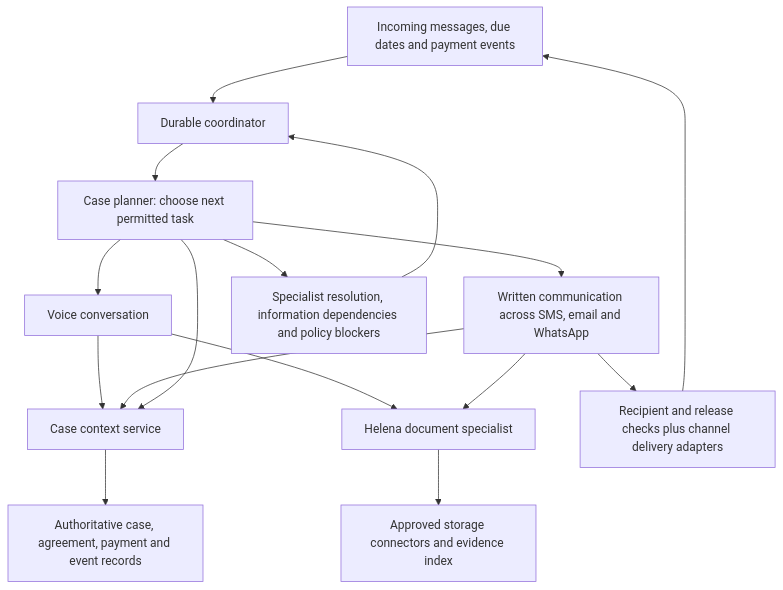
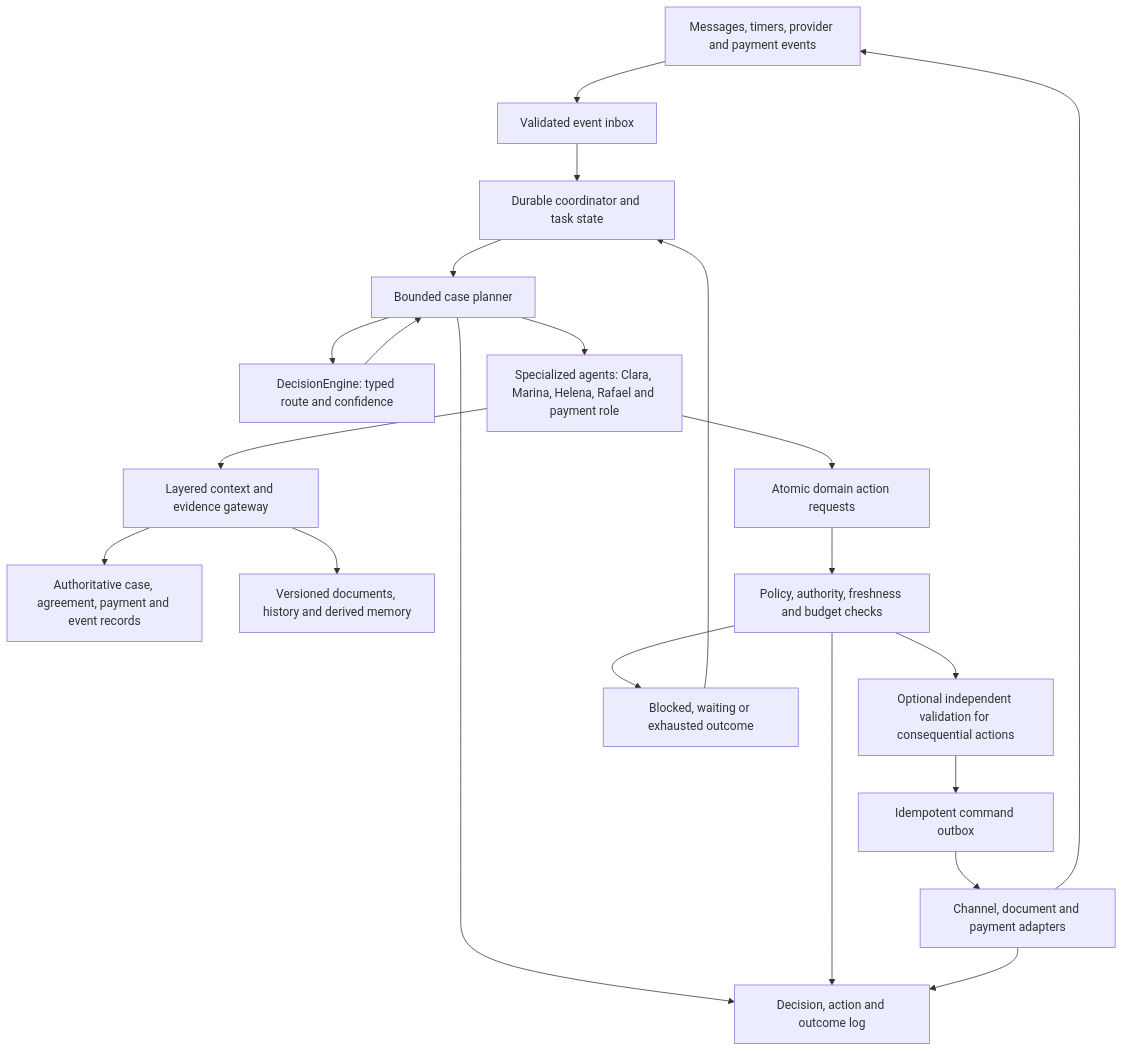
Before and after one commit to louiz7/rescovabrasil: the seventh of 21 diagrams in docs/WORKFLOWS.md, drawn with Mermaid. The commit also changed other lines of this file and 49 other files, not shown here.

Commit message:
Add active Jev decision layer and harden voice workflows

````diff
--- a/docs/WORKFLOWS.md
+++ b/docs/WORKFLOWS.md
@@ -183,18 +190,23 @@
 ```mermaid
 flowchart TD
-    Events["Incoming messages, due dates and payment events"] --> Coordinator["Durable coordinator"]
-    Coordinator --> Planner["Case planner: choose next permitted task"]
-    Planner --> Voice["Voice conversation"]
-    Planner --> Written["Written communication across SMS, email and WhatsApp"]
-    Voice --> Context["Case context service"]
-    Written --> Context
-    Planner --> Context
-    Voice --> Library["Helena document specialist"]
-    Written --> Library
-    Library --> Connectors["Approved storage connectors and evidence index"]
+    Events["Messages, timers, provider and payment events"] --> Inbox["Validated event inbox"]
+    Inbox --> Coordinator["Durable coordinator and task state"]
+    Coordinator --> Planner["Bounded case planner"]
+    Planner --> Decision["DecisionEngine: typed route and confidence"]
+    Planner --> Roles["Specialized agents: Clara, Marina, Helena, Rafael and payment role"]
+    Decision --> Planner
+    Roles --> Context["Layered context and evidence gateway"]
     Context --> Records["Authoritative case, agreement, payment and event records"]
-    Written --> Delivery["Recipient and release checks plus channel delivery adapters"]
-    Delivery --> Events
-    Planner --> Exceptions["Specialist resolution, information dependencies and policy blockers"]
-    Exceptions --> Coordinator
+    Context --> Evidence["Versioned documents, history and derived memory"]
+    Roles --> Actions["Atomic domain action requests"]
+    Actions --> Policy["Policy, authority, freshness and budget checks"]
+    Policy --> Validator["Optional independent validation for consequential actions"]
+    Validator --> Outbox["Idempotent command outbox"]
+    Outbox --> Providers["Channel, document and payment adapters"]
+    Providers --> Events
+    Policy --> Waiting["Blocked, waiting or exhausted outcome"]
+    Waiting --> Coordinator
+    Planner --> Log["Decision, action and outcome log"]
+    Policy --> Log
+    Providers --> Log
 ```
````
